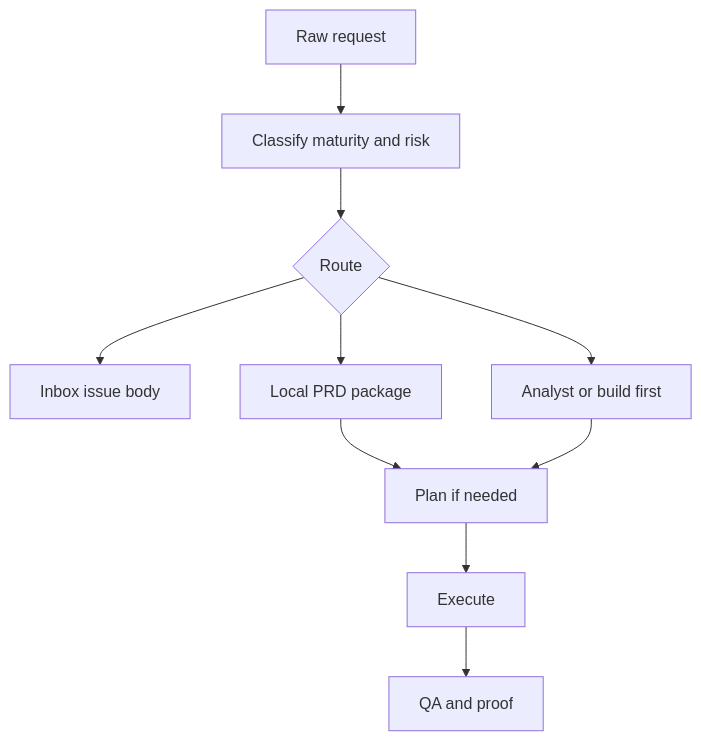
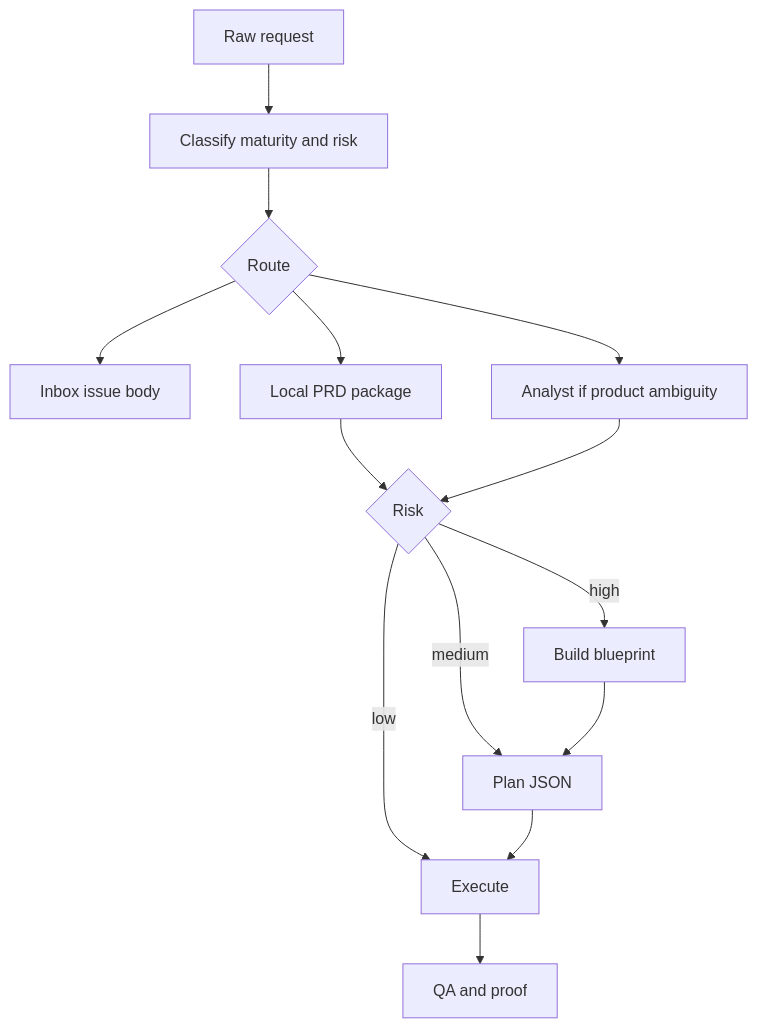
Before and after one commit to nmarcofernandess/superflow: the diagram in SPEC-superflow-plugin.md, drawn with Mermaid. The commit also changed other lines of this file and 39 other files, not shown here.

Commit message:
Superflow: tighten PRD/Build/Plan contracts, mermaid-only docs

````diff
--- a/SPEC-superflow-plugin.md
+++ b/SPEC-superflow-plugin.md
@@ -63,12 +80,16 @@
 ```mermaid
 flowchart TD
   A["Raw request"] --> B["Classify maturity and risk"]
   B --> C{"Route"}
   C --> D["Inbox issue body"]
   C --> E["Local PRD package"]
-  C --> F["Analyst or build first"]
-  E --> G["Plan if needed"]
-  F --> G
-  G --> H["Execute"]
+  C --> F["Analyst if product ambiguity"]
+  E --> R{"Risk"}
+  F --> R
+  R -->|"high"| BLD["Build blueprint"]
+  R -->|"medium"| G["Plan JSON"]
+  R -->|"low"| H["Execute"]
+  BLD --> G
+  G --> H
   H --> I["QA and proof"]
 ```
````
